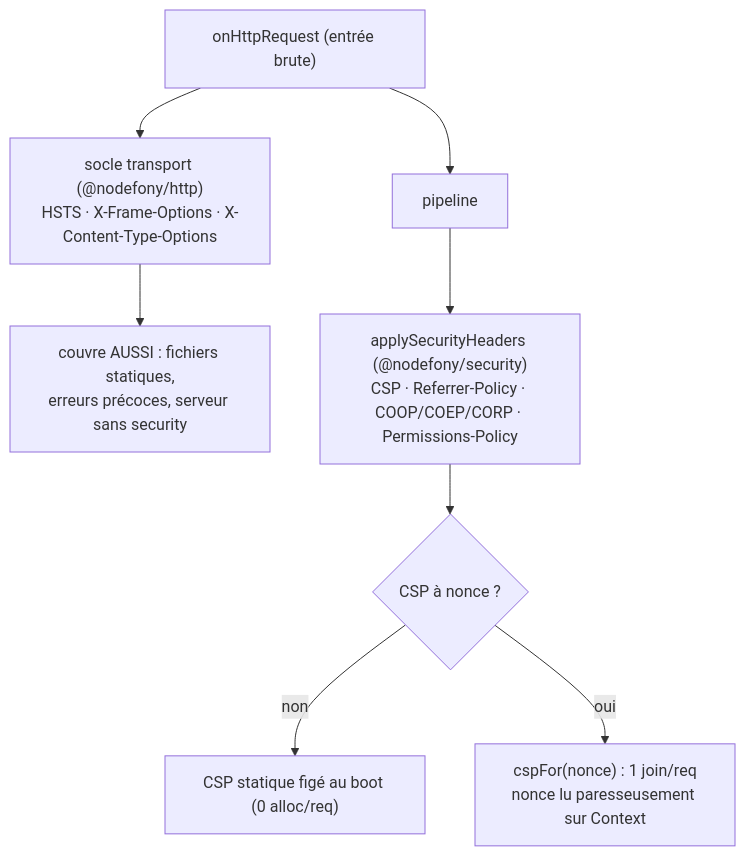
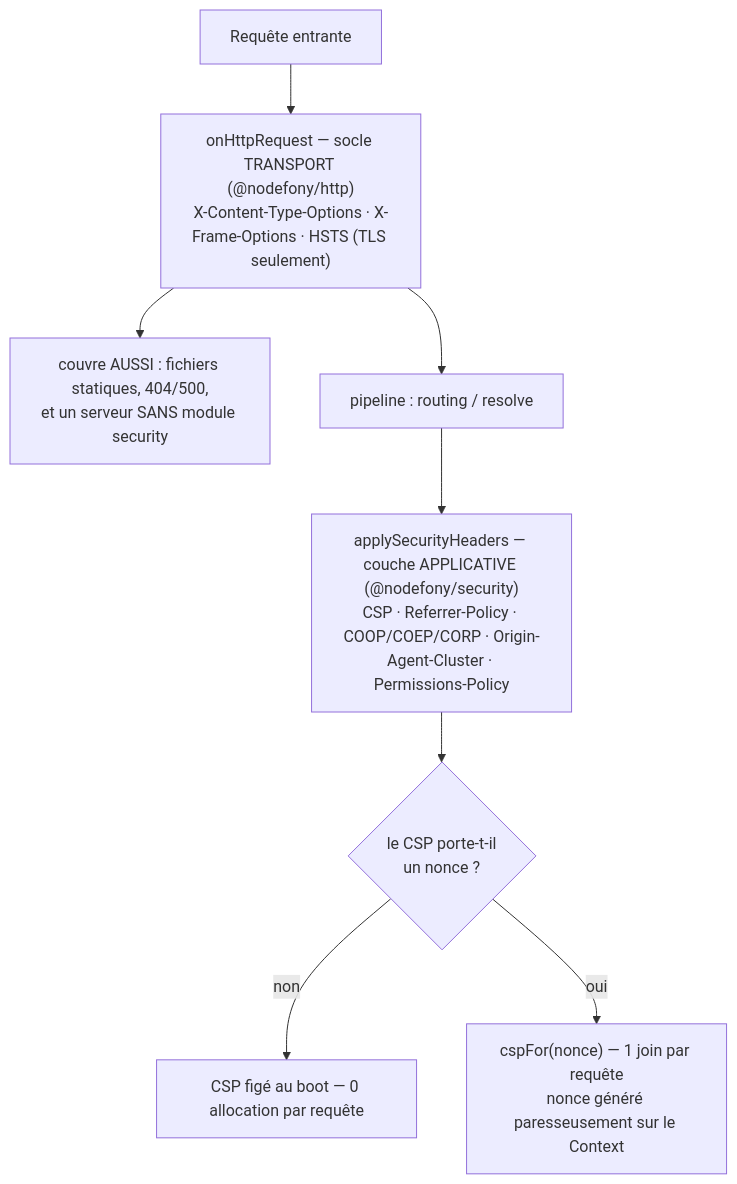
Before and after one commit to nodefony/nodefony-core: the diagram in src/packages/@nodefony/security/docs/headers.md, drawn with Mermaid. The commit also changed other lines of this file and 20 other files, not shown here.

````diff
--- a/src/packages/@nodefony/security/docs/headers.md
+++ b/src/packages/@nodefony/security/docs/headers.md
@@ -40,10 +56,10 @@
 ```mermaid
 flowchart TD
-  RAW["onHttpRequest (entrée brute)"] --> T["socle transport (@nodefony/http)<br/>HSTS · X-Frame-Options · X-Content-Type-Options"]
-  T --> COV["couvre AUSSI : fichiers statiques,<br/>erreurs précoces, serveur sans security"]
-  RAW --> PIPE["pipeline"]
-  PIPE --> A["applySecurityHeaders (@nodefony/security)<br/>CSP · Referrer-Policy · COOP/COEP/CORP · Permissions-Policy"]
-  A --> CSP{"CSP à nonce ?"}
-  CSP -->|non| STAT["CSP statique figé au boot (0 alloc/req)"]
-  CSP -->|oui| NONCE["cspFor(nonce) : 1 join/req<br/>nonce lu paresseusement sur Context"]
+  RAW["Requête entrante"] --> T["onHttpRequest — socle TRANSPORT (@nodefony/http)<br/>X-Content-Type-Options · X-Frame-Options · HSTS (TLS seulement)"]
+  T --> COV["couvre AUSSI : fichiers statiques, 404/500,<br/>et un serveur SANS module security"]
+  T --> PIPE["pipeline : routing / resolve"]
+  PIPE --> A["applySecurityHeaders — couche APPLICATIVE (@nodefony/security)<br/>CSP · Referrer-Policy · COOP/COEP/CORP · Origin-Agent-Cluster · Permissions-Policy"]
+  A --> CSPQ{"le CSP porte-t-il<br/>un nonce ?"}
+  CSPQ -->|non| STAT["CSP figé au boot — 0 allocation par requête"]
+  CSPQ -->|oui| NONCE["cspFor(nonce) — 1 join par requête<br/>nonce généré paresseusement sur le Context"]
 ```
````
